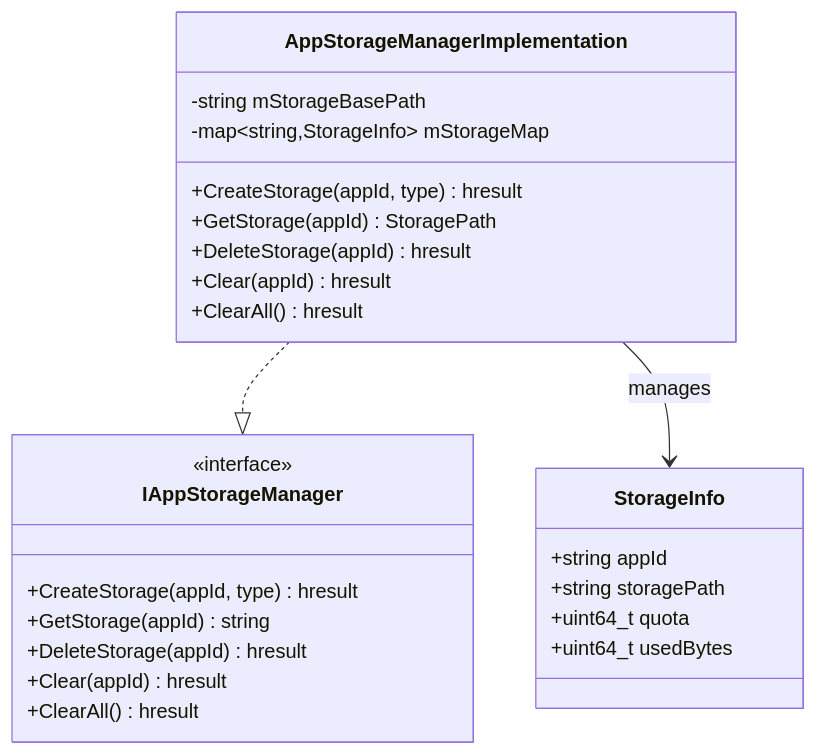
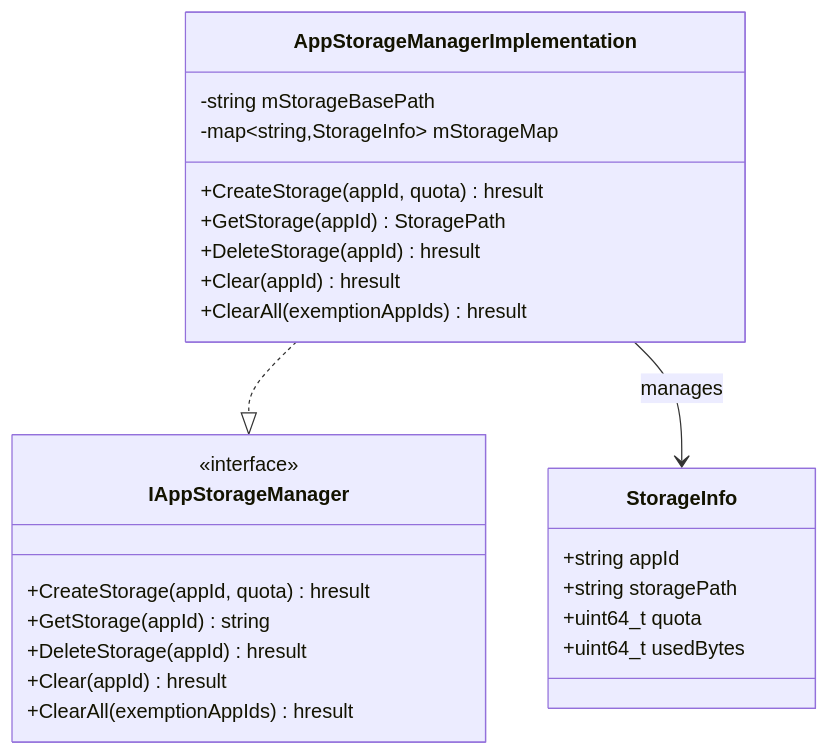
Before and after one commit to rdkcentral/entservices-appmanagers: the second of 4 diagrams in AppStorageManager/AppStorageManager.md, drawn with Mermaid. The commit also changed other lines of this file, not shown here.

Commit message:
storagemanager doc

````diff
--- a/AppStorageManager/AppStorageManager.md
+++ b/AppStorageManager/AppStorageManager.md
@@ -55,31 +55,31 @@
 ```mermaid
 classDiagram
     class AppStorageManagerImplementation {
         -string mStorageBasePath
         -map~string,StorageInfo~ mStorageMap
-        +CreateStorage(appId, type) hresult
+        +CreateStorage(appId, quota) hresult
         +GetStorage(appId) StoragePath
         +DeleteStorage(appId) hresult
         +Clear(appId) hresult
-        +ClearAll() hresult
+        +ClearAll(exemptionAppIds) hresult
     }
 
     class StorageInfo {
         +string appId
         +string storagePath
         +uint64_t quota
         +uint64_t usedBytes
     }
 
     class IAppStorageManager {
         <<interface>>
-        +CreateStorage(appId, type) hresult
+        +CreateStorage(appId, quota) hresult
         +GetStorage(appId) string
         +DeleteStorage(appId) hresult
         +Clear(appId) hresult
-        +ClearAll() hresult
+        +ClearAll(exemptionAppIds) hresult
     }
 
     AppStorageManagerImplementation ..|> IAppStorageManager
     AppStorageManagerImplementation --> StorageInfo: manages
 ```
````
